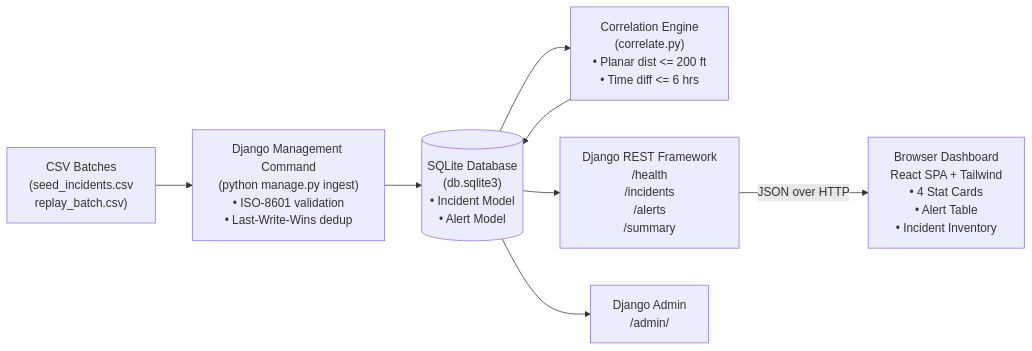
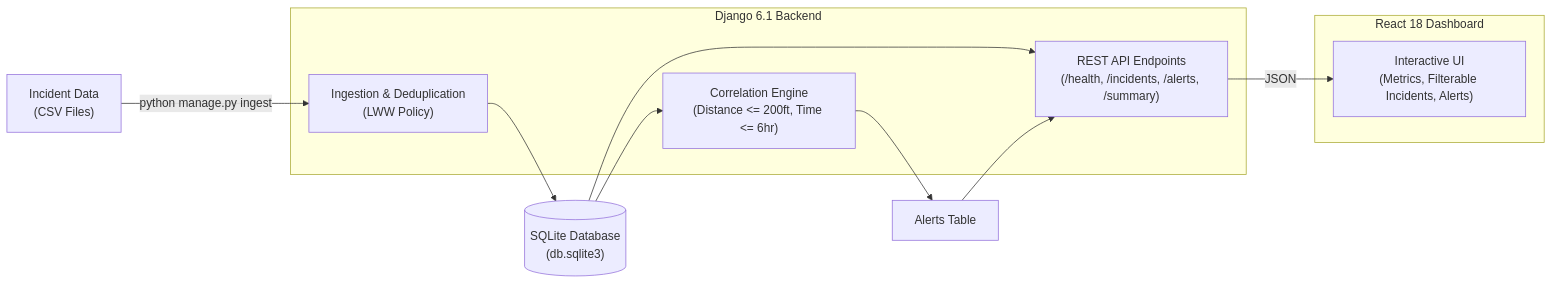
The diagram in README.md (amitkumar824/GridSignal-Mini), drawn with Mermaid before and after one commit. The commit also changed other lines of this file and 52 other files, not shown here.

````diff
--- a/README.md
+++ b/README.md
@@ -124,18 +42,21 @@
 ```mermaid
 flowchart LR
-    CSV["CSV Batches\n(seed_incidents.csv\nreplay_batch.csv)"]
-    ING["Django Management Command\n(python manage.py ingest)\n• ISO-8601 validation\n• Last-Write-Wins dedup"]
-    DB[("SQLite Database\n(db.sqlite3)\n• Incident Model\n• Alert Model")]
-    COR["Correlation Engine\n(correlate.py)\n• Planar dist <= 200 ft\n• Time diff <= 6 hrs"]
-    API["Django REST Framework\n/health\n/incidents\n/alerts\n/summary"]
-    ADMIN["Django Admin\n/admin/"]
-    UI["Browser Dashboard\nReact SPA + Tailwind\n• 4 Stat Cards\n• Alert Table\n• Incident Inventory"]
-
-    CSV --> ING
-    ING --> DB
-    DB --> COR
-    COR --> DB
+    CSV["Incident Data<br/>(CSV Files)"] -->|"python manage.py ingest"| Ingest["Ingestion & Deduplication<br/>(LWW Policy)"]
+    Ingest --> DB[("SQLite Database<br/>(db.sqlite3)")]
+    DB --> Engine["Correlation Engine<br/>(Distance <= 200ft, Time <= 6hr)"]
+    Engine --> Alerts["Alerts Table"]
+    
+    subgraph DjangoBackend["Django 6.1 Backend"]
+        Ingest
+        Engine
+        API["REST API Endpoints<br/>(/health, /incidents, /alerts, /summary)"]
+    end
+    
+    subgraph Frontend["React 18 Dashboard"]
+        UI["Interactive UI<br/>(Metrics, Filterable Incidents, Alerts)"]
+    end
+    
     DB --> API
-    DB --> ADMIN
-    API -->|JSON over HTTP| UI
+    Alerts --> API
+    API -->|"JSON"| UI
 ```
````
